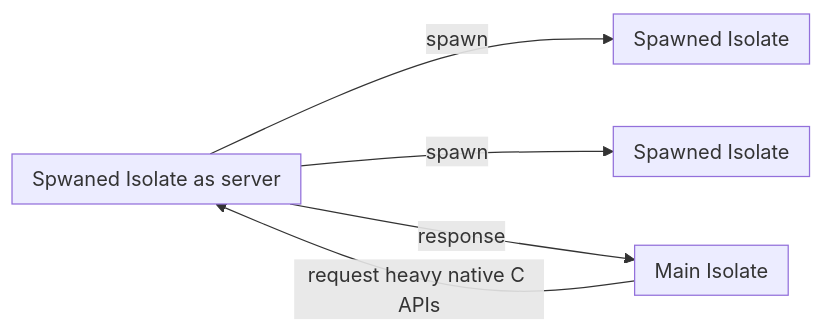
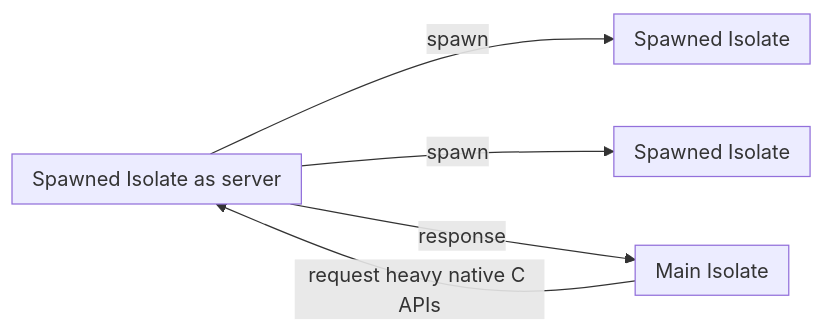
Before and after one commit to sensuikan1973/flutter_expensive_native_embedding_journey: the third of 3 diagrams in slide/pages/journey_native_C_APIs.md, drawn with Mermaid. The commit also changed 1 other file, not shown here.

````diff
--- a/slide/pages/journey_native_C_APIs.md
+++ b/slide/pages/journey_native_C_APIs.md
@@ -102,14 +102,14 @@
 ```mermaid
 flowchart LR
     subgraph M ["Main#32;Isolate"]
     end
     M -->|"request#32;heavy#32;native#32;C#32;APIs"| S
-    subgraph S ["Spwaned#32;Isolate#32;as#32;server"]
+    subgraph S ["Spawned#32;Isolate#32;as#32;server"]
     end
     S -->|spawn| S2 & S3
     subgraph S2 ["Spawned#32;Isolate"]
     end
     subgraph S3 ["Spawned#32;Isolate"]
     end
     S -->|response| M
 ```
````
